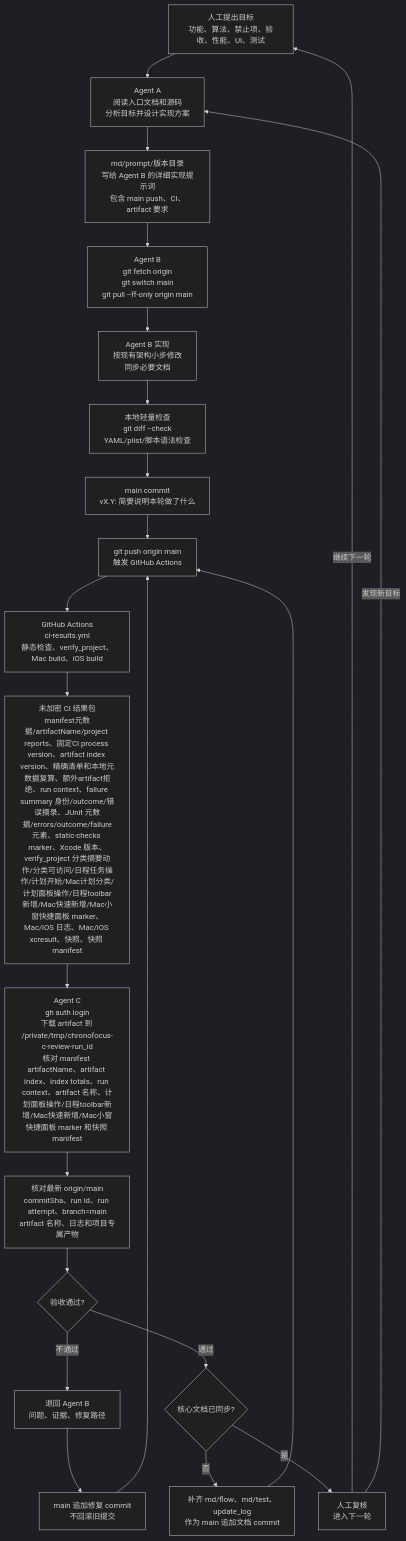
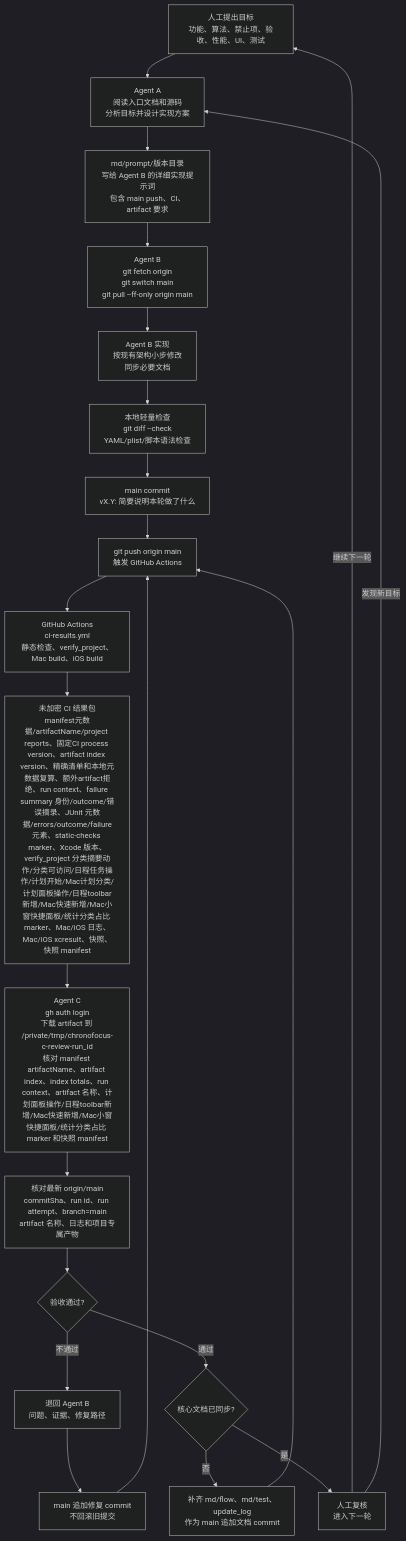
The fifth of 6 diagrams in md/flow/flowchart.md (Altman-sam114/114), drawn with Mermaid (dark theme) before and after one commit. The commit also changed other lines of this file and 9 other files, not shown here.

````diff
--- a/md/flow/flowchart.md
+++ b/md/flow/flowchart.md
@@ -102,24 +102,24 @@
 ```mermaid
 flowchart TD
   H["人工提出目标<br/>功能、算法、禁止项、验收、性能、UI、测试"] --> A["Agent A<br/>阅读入口文档和源码<br/>分析目标并设计实现方案"]
   A --> P["md/prompt/版本目录<br/>写给 Agent B 的详细实现提示词<br/>包含 main push、CI、artifact 要求"]
   P --> B0["Agent B<br/>git fetch origin<br/>git switch main<br/>git pull --ff-only origin main"]
   B0 --> B1["Agent B 实现<br/>按现有架构小步修改<br/>同步必要文档"]
   B1 --> L["本地轻量检查<br/>git diff --check<br/>YAML/plist/脚本语法检查"]
   L --> G["main commit<br/>vX.Y: 简要说明本轮做了什么"]
   G --> PUSH["git push origin main<br/>触发 GitHub Actions"]
   PUSH --> CI["GitHub Actions<br/>ci-results.yml<br/>静态检查、verify_project、Mac build、iOS build"]
-  CI --> ART["未加密 CI 结果包<br/>manifest元数据/artifactName/project reports、固定CI process version、artifact index version、精确清单和本地元数据复算、额外artifact拒绝、run context、failure summary 身份/outcome/错误摘录、JUnit 元数据/errors/outcome/failure元素、static-checks marker、Xcode 版本、verify_project 分类摘要动作/分类可访问/日程任务操作/计划开始/Mac计划分类/计划面板操作/日程toolbar新增/Mac快速新增/Mac小窗快捷面板 marker、Mac/iOS 日志、Mac/iOS xcresult、快照、快照 manifest"]
-  ART --> C["Agent C<br/>gh auth login<br/>下载 artifact 到 /private/tmp/chronofocus-c-review-run_id<br/>核对 manifest artifactName、artifact index、index totals、run context、artifact 名称、计划面板操作/日程toolbar新增/Mac快速新增/Mac小窗快捷面板 marker 和快照 manifest"]
+  CI --> ART["未加密 CI 结果包<br/>manifest元数据/artifactName/project reports、固定CI process version、artifact index version、精确清单和本地元数据复算、额外artifact拒绝、run context、failure summary 身份/outcome/错误摘录、JUnit 元数据/errors/outcome/failure元素、static-checks marker、Xcode 版本、verify_project 分类摘要动作/分类可访问/日程任务操作/计划开始/Mac计划分类/计划面板操作/日程toolbar新增/Mac快速新增/Mac小窗快捷面板/统计分类占比 marker、Mac/iOS 日志、Mac/iOS xcresult、快照、快照 manifest"]
+  ART --> C["Agent C<br/>gh auth login<br/>下载 artifact 到 /private/tmp/chronofocus-c-review-run_id<br/>核对 manifest artifactName、artifact index、index totals、run context、artifact 名称、计划面板操作/日程toolbar新增/Mac快速新增/Mac小窗快捷面板/统计分类占比 marker 和快照 manifest"]
   C --> V["核对最新 origin/main<br/>commitSha、run id、run attempt、branch=main<br/>artifact 名称、日志和项目专属产物"]
   V --> PASS{"验收通过?"}
   PASS -->|不通过| BACK["退回 Agent B<br/>问题、证据、修复路径"]
   BACK --> FIX["main 追加修复 commit<br/>不回滚旧提交"]
   FIX --> PUSH
   PASS -->|通过| DOC{"核心文档已同步?"}
   DOC -->|否| D["补齐 md/flow、md/test、update_log<br/>作为 main 追加文档 commit"]
   D --> PUSH
   DOC -->|是| J["人工复核<br/>进入下一轮"]
   J -->|继续下一轮| H
   J -->|发现新目标| A
 ```
````
